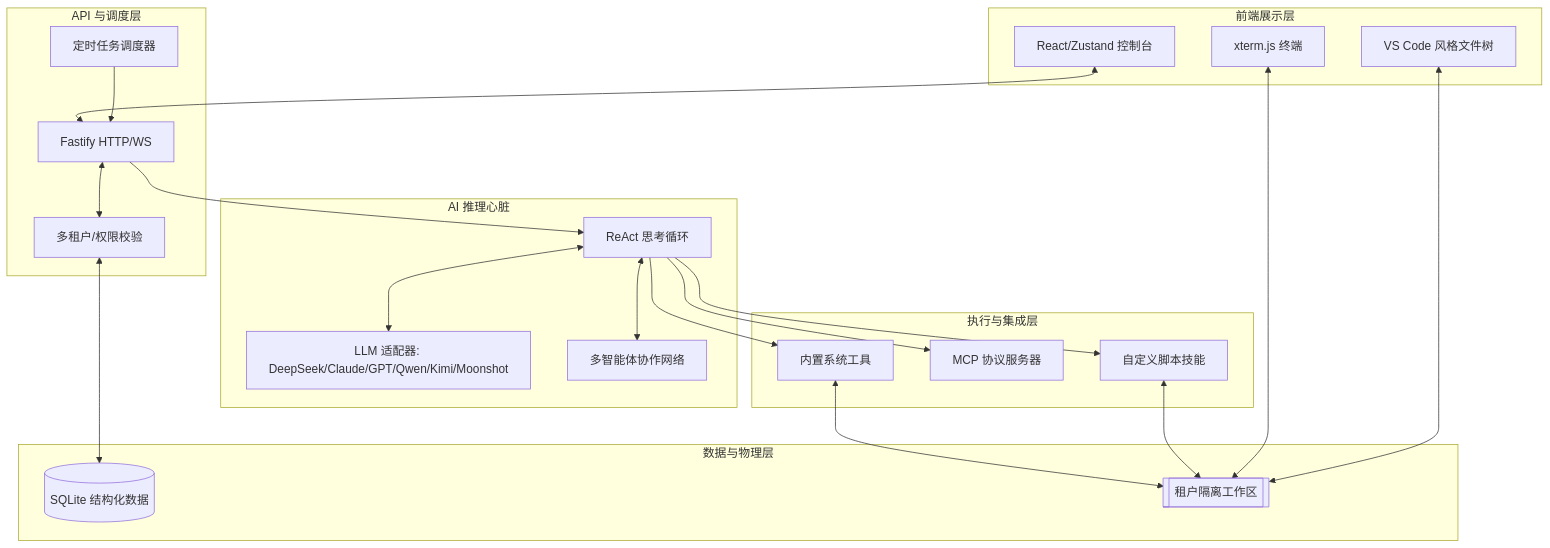
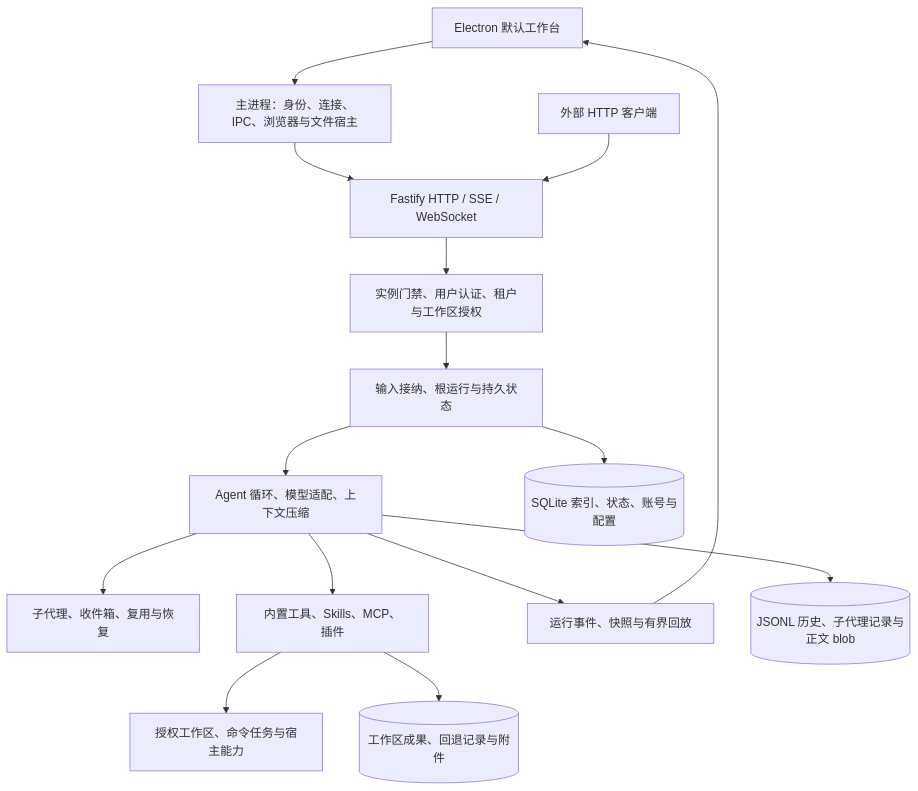
The diagram in docs/docs/overview.md (HJ-uncle/ai-agent-engine), drawn with Mermaid before and after one commit. The commit also changed other lines of this file and 400 other files, not shown here.

````diff
--- a/docs/docs/overview.md
+++ b/docs/docs/overview.md
@@ -9,46 +7,17 @@
 ```mermaid
-graph TD
-    subgraph Frontend [前端展示层]
-        UI[React/Zustand 控制台]
-        Explorer[VS Code 风格文件树]
-        Terminal[xterm.js 终端]
-    end
-
-    subgraph API_Layer [API 与调度层]
-        API[Fastify HTTP/WS]
-        Auth[多租户/权限校验]
-        Cron[定时任务调度器]
-    end
-
-    subgraph Reasoning [AI 推理心脏]
-        Loop[ReAct 思考循环]
-        Adapter[LLM 适配器: DeepSeek/Claude/GPT/Qwen/Kimi/Moonshot]
-        SubAgent[多智能体协作网络]
-    end
-
-    subgraph Tools_Execution [执行与集成层]
-        SysTools[内置系统工具]
-        MCP[MCP 协议服务器]
-        Skills[自定义脚本技能]
-    end
-
-    subgraph Persistence [数据与物理层]
-        SQLite[(SQLite 结构化数据)]
-        Workspace[[租户隔离工作区]]
-    end
-
-    UI <--> API
-    API <--> Auth
-    Auth <--> SQLite
-    API --> Loop
-    Cron --> API
-    Loop <--> Adapter
-    Loop <--> SubAgent
-    Loop --> SysTools
-    Loop --> MCP
-    Loop --> Skills
-    SysTools <--> Workspace
-    Skills <--> Workspace
-    Terminal <--> Workspace
-    Explorer <--> Workspace
+flowchart TD
+  UI[Electron 默认工作台] --> Main[主进程：身份、连接、IPC、浏览器与文件宿主]
+  Main --> HTTP[Fastify HTTP / SSE / WebSocket]
+  Client[外部 HTTP 客户端] --> HTTP
+  HTTP --> Auth[实例门禁、用户认证、租户与工作区授权]
+  Auth --> Admission[输入接纳、根运行与持久状态]
+  Admission --> Loop[Agent 循环、模型适配、上下文压缩]
+  Loop --> Children[子代理、收件箱、复用与恢复]
+  Loop --> Tools[内置工具、Skills、MCP、插件]
+  Tools --> Workspace[授权工作区、命令任务与宿主能力]
+  Loop --> Stream[运行事件、快照与有界回放]
+  Stream --> UI
+  Admission --> DB[(SQLite 索引、状态、账号与配置)]
+  Loop --> Files[(JSONL 历史、子代理记录与正文 blob)]
+  Tools --> Products[(工作区成果、回退记录与附件)]
 ```
````
